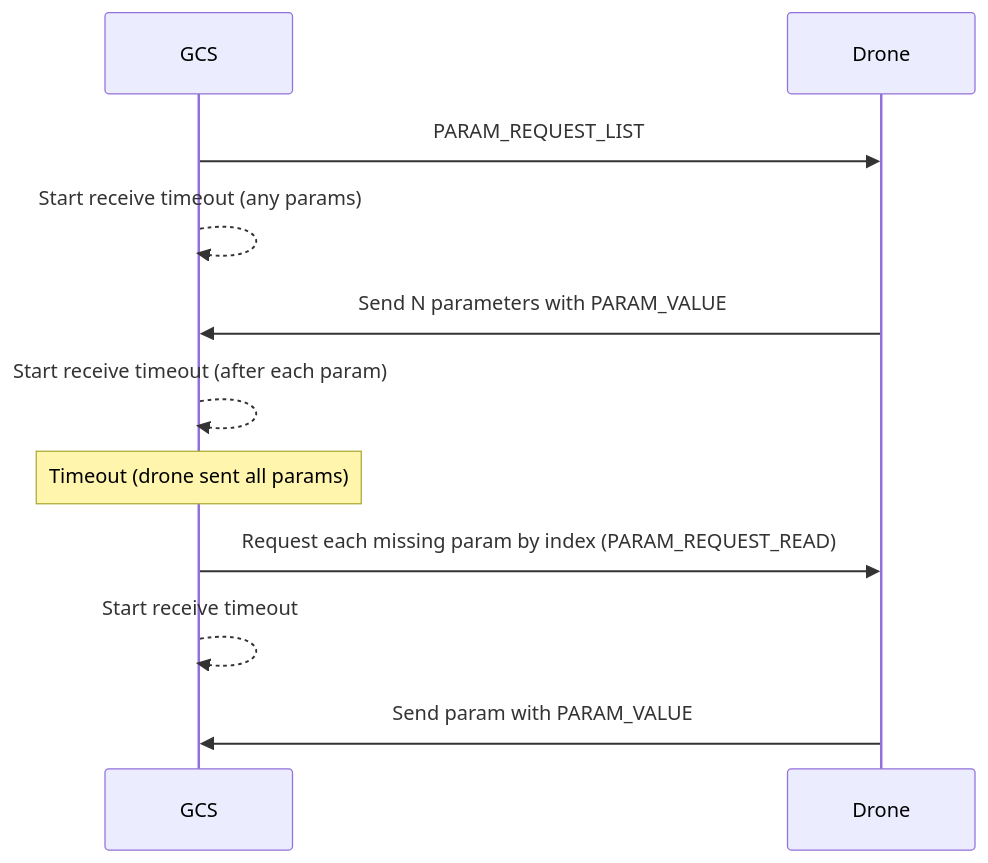
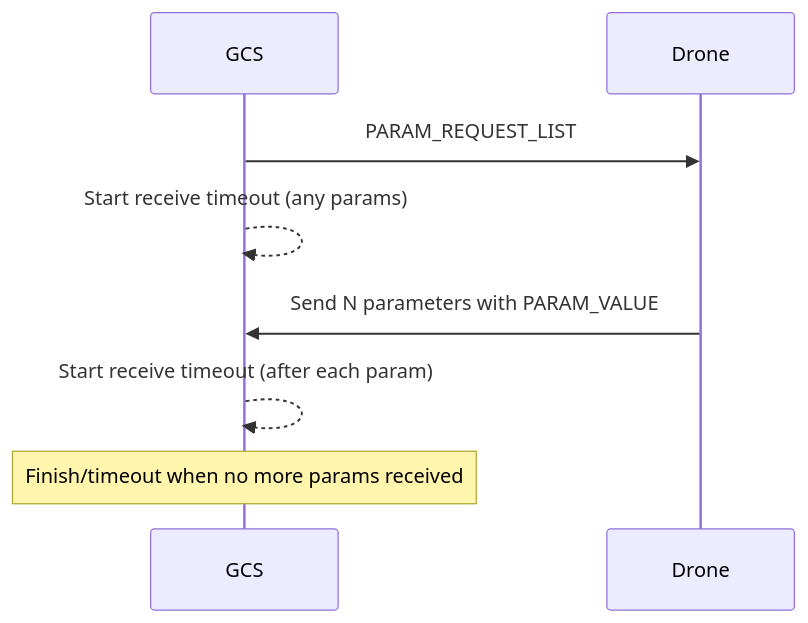
Before and after one commit to mavlink/mavlink-devguide: the first of 4 diagrams in en/services/parameter.md, drawn with Mermaid. The commit also changed other lines of this file, not shown here.

Commit message:
Make it clear retry functions are GCS specific

```diff
--- a/en/services/parameter.md
+++ b/en/services/parameter.md
@@ -106,13 +107,10 @@
 {% mermaid %}
 sequenceDiagram;
     participant GCS
     participant Drone
     GCS->>Drone: PARAM_REQUEST_LIST
     GCS-->>GCS: Start receive timeout (any params)
     Drone->>GCS: Send N parameters with PARAM_VALUE
     GCS-->>GCS: Start receive timeout (after each param)
-    Note over GCS: Timeout (drone sent all params)
-    GCS->>Drone: Request each missing param by index (PARAM_REQUEST_READ)
-    GCS-->>GCS: Start receive timeout
-    Drone->>GCS: Send param with PARAM_VALUE
+    Note over GCS: Finish/timeout when no more params received
 {% endmermaid %}
```
